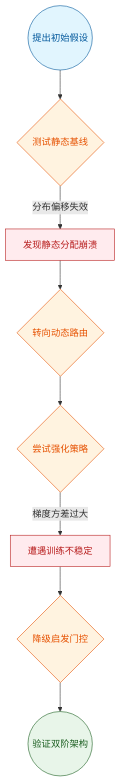
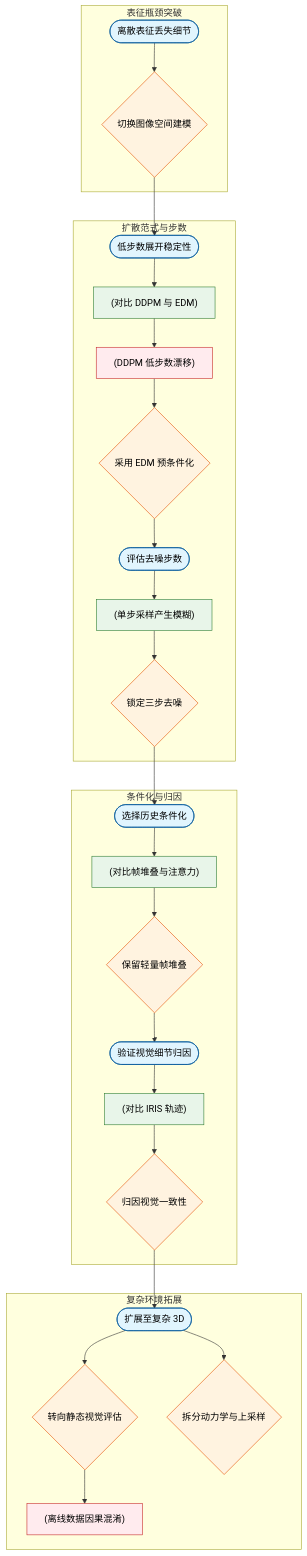
One commit to ShinewineW/paper-rolling changed the seventh of 10 diagrams in person_vault/2026-06-12_DiffusionForWorldModelingVisualDetailsMa_2405.12399/report.md. Above: the diagram before and after it, drawn with Mermaid. The commit also changed other lines of this file and 51 other files, not shown here.

````diff
--- a/person_vault/2026-06-12_DiffusionForWorldModelingVisualDetailsMa_2405.12399/report.md
+++ b/person_vault/2026-06-12_DiffusionForWorldModelingVisualDetailsMa_2405.12399/report.md
@@ -353,15 +573,60 @@
 ```mermaid
 flowchart TD
-    classDef start fill:#e1f5fe,color:#01579b,stroke:#01579b
-    classDef decision fill:#fff3e0,color:#e65100,stroke:#e65100
-    classDef deadend fill:#ffebee,color:#b71c1c,stroke:#b71c1c
-    classDef success fill:#e8f5e9,color:#1b5e20,stroke:#1b5e20
+  classDef start fill:#e1f5fe,stroke:#01579b,color:#000;
+  classDef decision fill:#fff3e0,stroke:#e65100,color:#000;
+  classDef experiment fill:#e8f5e9,stroke:#2e7d32,color:#000;
+  classDef deadend fill:#ffebee,stroke:#c62828,color:#000;
 
-    q_initial((提出初始假设)):::start --> d_static{测试静态基线}:::decision
-    d_static -->|分布偏移失效| dead_static["发现静态分配崩溃"]:::deadend
-    dead_static --> p_pivot{转向动态路由}:::decision
-    p_pivot --> d_rl{尝试强化策略}:::decision
-    d_rl -->|梯度方差过大| dead_rl["遭遇训练不稳定"]:::deadend
-    dead_rl --> p_heuristic{降级启发门控}:::decision
-    p_heuristic --> v_final((验证双阶架构)):::success
+  subgraph phase_1_latent ["表征瓶颈突破"]
+    q1_discrete(["离散表征丢失细节"]):::start
+    d1_image_space{切换图像空间建模}:::decision
+    q1_discrete --> d1_image_space
+  end
+
+  subgraph phase_2_stability ["扩散范式与步数"]
+    q3_low_nfe(["低步数展开稳定性"]):::start
+    e2_ddpm_vs_edm["(对比 DDPM 与 EDM)"]:::experiment
+    de1_ddpm_drift["(DDPM 低步数漂移)"]:::deadend
+    d2_choose_edm{采用 EDM 预条件化}:::decision
+    q4_step_count(["评估去噪步数"]):::start
+    e3_boxing_blur["(单步采样产生模糊)"]:::experiment
+    d3_fix_n3{锁定三步去噪}:::decision
+
+    q3_low_nfe --> e2_ddpm_vs_edm
+    e2_ddpm_vs_edm --> de1_ddpm_drift
+    de1_ddpm_drift --> d2_choose_edm
+    q4_step_count --> e3_boxing_blur
+    e3_boxing_blur --> d3_fix_n3
+  end
+
+  subgraph phase_3_conditioning ["条件化与归因"]
+    q5_history_cond(["选择历史条件化"]):::start
+    e4_stack_vs_attn["(对比帧堆叠与注意力)"]:::experiment
+    d4_keep_stack{保留轻量帧堆叠}:::decision
+    q6_visual_gain(["验证视觉细节归因"]):::start
+    e5_iris_vs_diamond["(对比 IRIS 轨迹)"]:::experiment
+    d5_attr_consistency{归因视觉一致性}:::decision
+
+    q5_history_cond --> e4_stack_vs_attn
+    e4_stack_vs_attn --> d4_keep_stack
+    q6_visual_gain --> e5_iris_vs_diamond
+    e5_iris_vs_diamond --> d5_attr_consistency
+  end
+
+  subgraph phase_4_scaling ["复杂环境拓展"]
+    q8_3d_env(["扩展至复杂 3D"]):::start
+    p1_eval_shift{转向静态视觉评估}:::decision
+    p2_dyn_upsample{拆分动力学与上采样}:::decision
+    de2_causal_confuse["(离线数据因果混淆)"]:::deadend
+
+    q8_3d_env --> p1_eval_shift
+    q8_3d_env --> p2_dyn_upsample
+    p1_eval_shift --> de2_causal_confuse
+  end
+
+  d1_image_space --> q3_low_nfe
+  d2_choose_edm --> q4_step_count
+  d3_fix_n3 --> q5_history_cond
+  d4_keep_stack --> q6_visual_gain
+  d5_attr_consistency --> q8_3d_env
 ```
````
